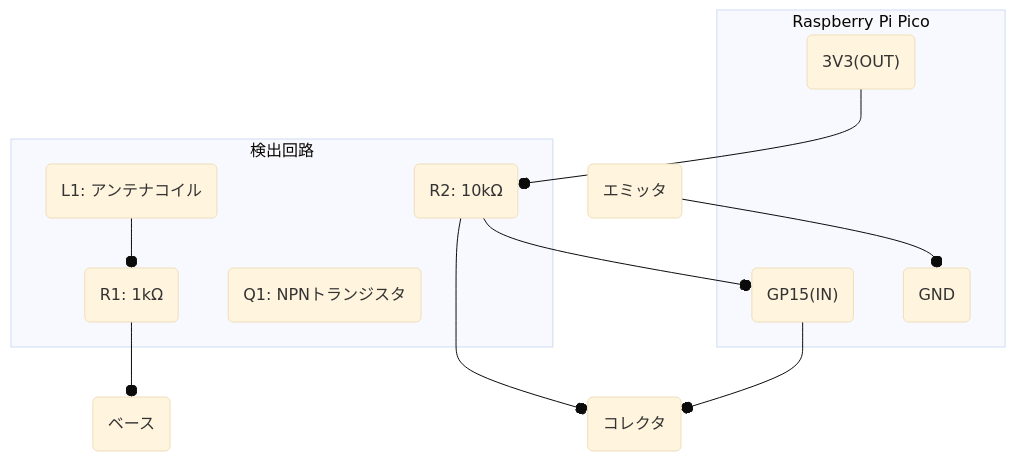
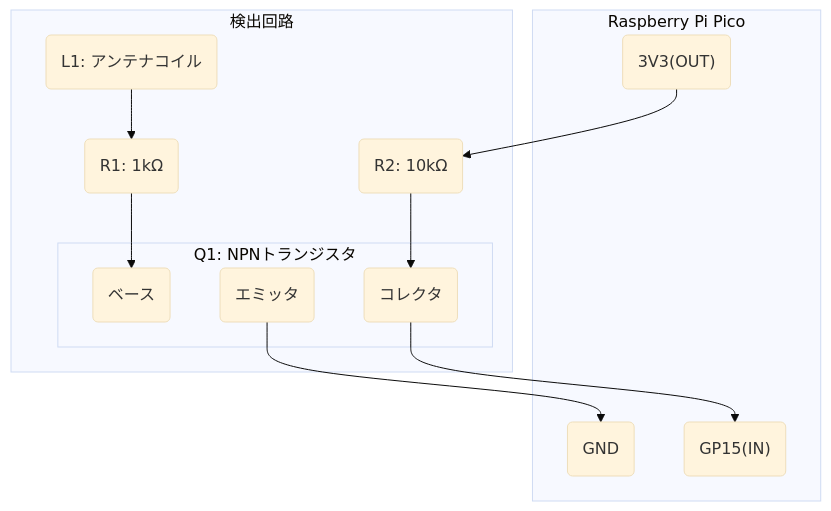
Before and after one commit to ambit1977/swbot_cerkit_test: the diagram in Cerkit_test.md, drawn with Mermaid (base theme).

````diff
--- a/Cerkit_test.md
+++ b/Cerkit_test.md
@@ -1,26 +1,26 @@
 ```mermaid
 graph TD
-    subgraph "Raspberry Pi Pico"
+    subgraph Raspberry Pi Pico
         Pico_3V3("3V3(OUT)")
         Pico_GND("GND")
         Pico_GP15("GP15(IN)")
     end
 
-    subgraph "検出回路"
-        Coil(L1: アンテナコイル)
+    subgraph 検出回路
+        subgraph Q1: NPNトランジスタ
+            B(ベース)
+            C(コレクタ)
+            E(エミッタ)
+        end
+        L1("L1: アンテナコイル")
         R1("R1: 1kΩ")
         R2("R2: 10kΩ")
-        Q1(Q1: NPNトランジスタ)
     end
 
-    Pico_3V3 --o R2
-    R2 --o Pico_GP15
-    R2 --o Q1_C(コレクタ)
-
-    Coil --o R1
-    R1 --o Q1_B(ベース)
-
-    Q1_E(エミッタ) --o Pico_GND
-
-    Pico_GP15 --o Q1_C
+    %% 正しい配線
+    Pico_3V3 --> R2
+    R2 --> C
+    C --> Pico_GP15
+    L1 --> R1 --> B
+    E --> Pico_GND
 ```
````
